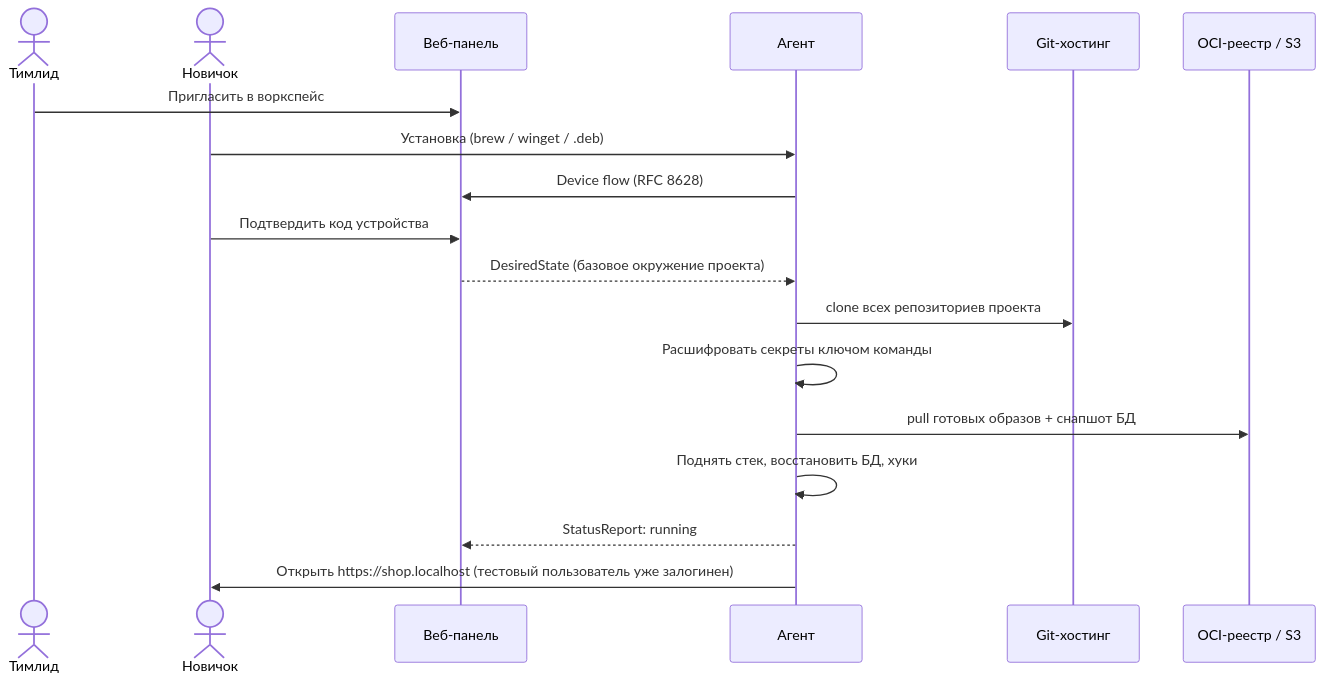
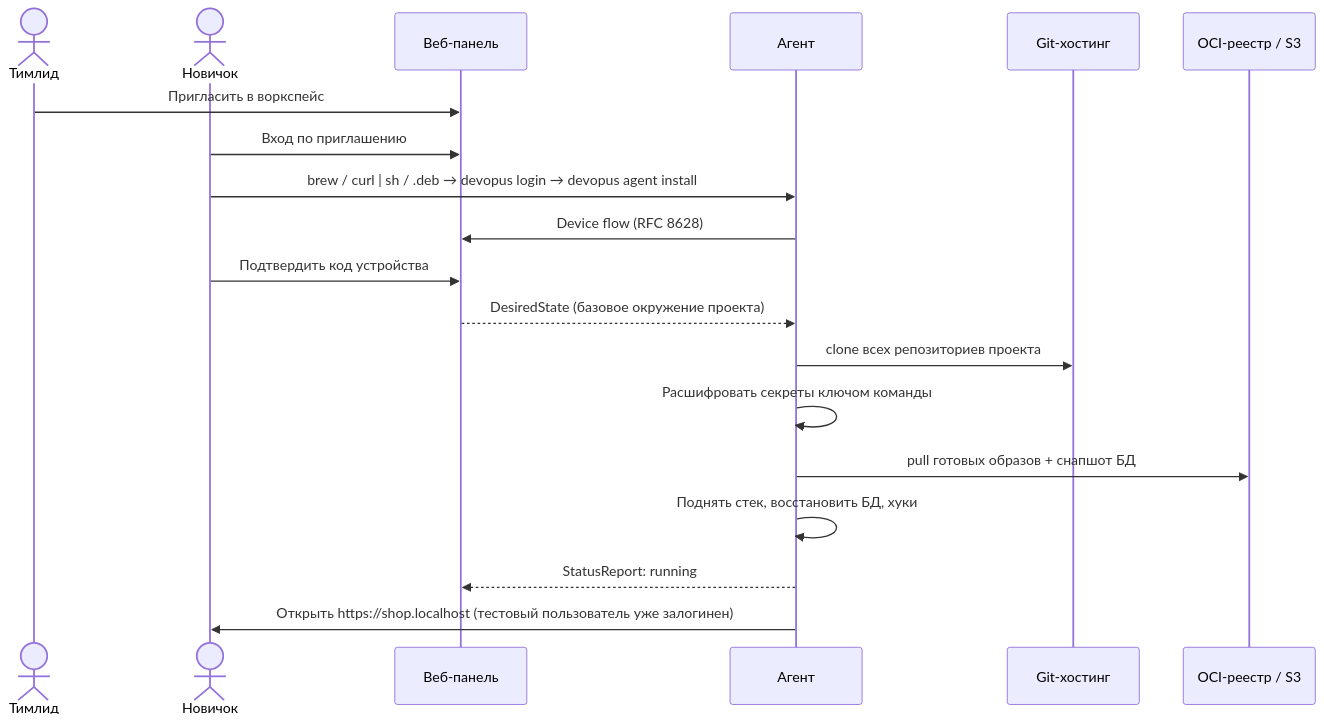
The first of 2 diagrams in docs/product/user-flows.md (amalychev/devopus), drawn with Mermaid before and after one commit. The commit also changed other lines of this file and 54 other files, not shown here.

First line of the commit message:
feat: install as services, release builds; the agent and the panel are separate components (M9)

````diff
--- a/docs/product/user-flows.md
+++ b/docs/product/user-flows.md
@@ -7,21 +7,22 @@
 ```mermaid
 sequenceDiagram
     actor Lead as Тимлид
     actor Dev as Новичок
     participant Panel as Веб-панель
     participant Agent as Агент
     participant Git as Git-хостинг
     participant Reg as OCI-реестр / S3
 
     Lead->>Panel: Пригласить в воркспейс
-    Dev->>Agent: Установка (brew / winget / .deb)
+    Dev->>Panel: Вход по приглашению
+    Dev->>Agent: brew / curl | sh / .deb → devopus login → devopus agent install
     Agent->>Panel: Device flow (RFC 8628)
     Dev->>Panel: Подтвердить код устройства
     Panel-->>Agent: DesiredState (базовое окружение проекта)
     Agent->>Git: clone всех репозиториев проекта
     Agent->>Agent: Расшифровать секреты ключом команды
     Agent->>Reg: pull готовых образов + снапшот БД
     Agent->>Agent: Поднять стек, восстановить БД, хуки
     Agent-->>Panel: StatusReport: running
     Agent->>Dev: Открыть https://shop.localhost (тестовый пользователь уже залогинен)
 ```
````
